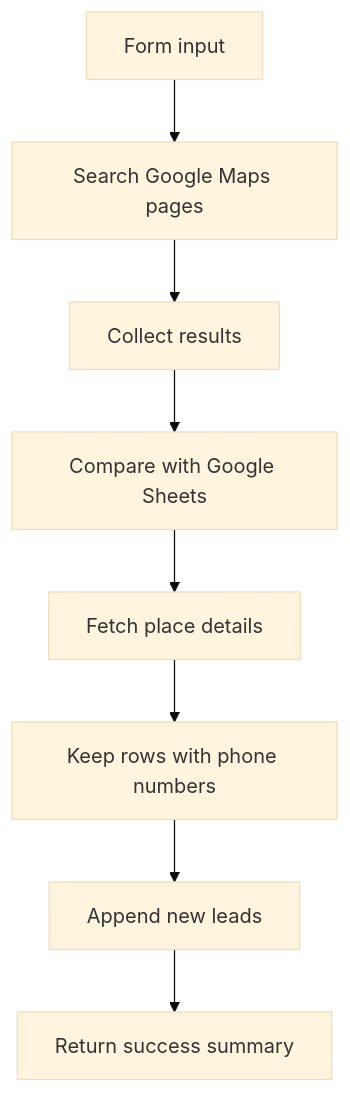
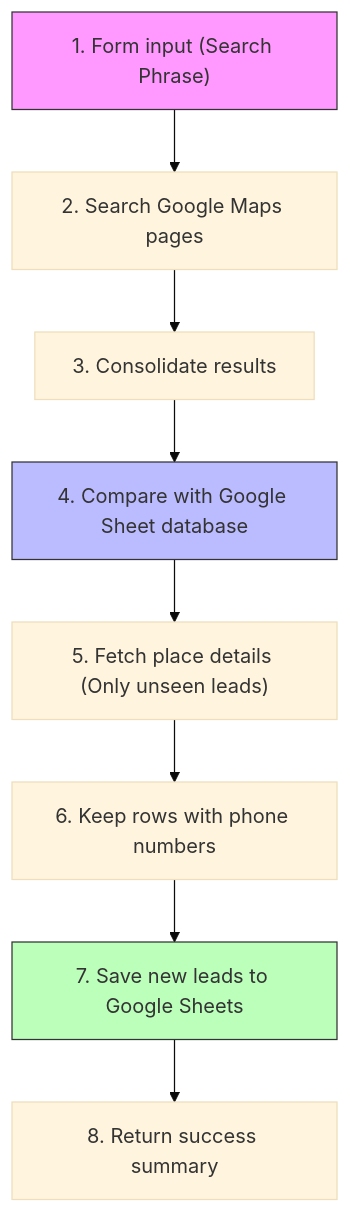
One commit to beydah/N8N-AI-Agent changed the diagram in src/lead_generator/README.md. Above: the diagram before and after it, drawn with Mermaid (base theme). The commit also changed other lines of this file and 8 other files, not shown here.

````diff
--- a/src/lead_generator/README.md
+++ b/src/lead_generator/README.md
@@ -14,10 +32,14 @@
 ```mermaid
 graph TD
-    Form["Form input"] --> Search["Search Google Maps pages"]
-    Search --> Collect["Collect results"]
-    Collect --> Check["Compare with Google Sheets"]
-    Check --> Enrich["Fetch place details"]
-    Enrich --> Filter["Keep rows with phone numbers"]
-    Filter --> Save["Append new leads"]
-    Save --> Report["Return success summary"]
+    Trigger["1. Form input (Search Phrase)"] --> Search["2. Search Google Maps pages"]
+    Search --> Collect["3. Consolidate results"]
+    Collect --> Check["4. Compare with Google Sheet database"]
+    Check --> Enrich["5. Fetch place details (Only unseen leads)"]
+    Enrich --> Filter["6. Keep rows with phone numbers"]
+    Filter --> Save["7. Save new leads to Google Sheets"]
+    Save --> Report["8. Return success summary"]
+
+    style Trigger fill:#f9f,stroke:#333
+    style Check fill:#bbf,stroke:#333
+    style Save fill:#bfb,stroke:#333
 ```
````
